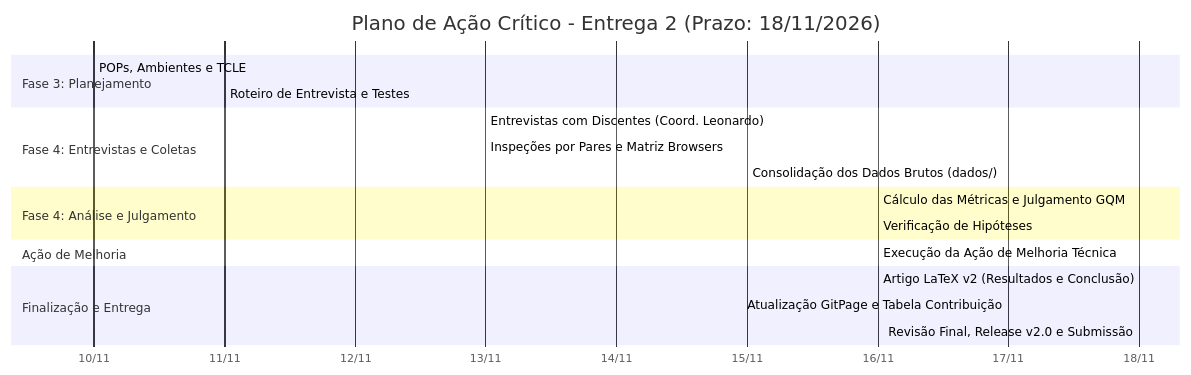
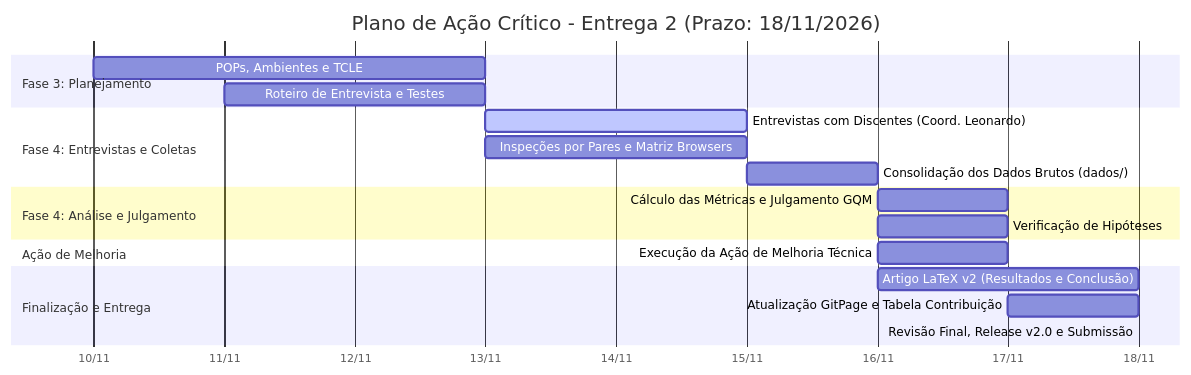
One commit to FCTE-Qualidade-de-Software-1/2026-2_T02_ADELE_GOLDSTINE changed the diagram in docs/fase-3/cronograma.md. Above: the diagram before and after it, drawn with Mermaid. The commit also changed other lines of this file and 2 other files, not shown here.

````diff
--- a/docs/fase-3/cronograma.md
+++ b/docs/fase-3/cronograma.md
@@ -15,22 +15,22 @@
 ```mermaid
 gantt
     title Plano de Ação Crítico - Entrega 2 (Prazo: 18/11/2026)
-    dateFormat  DD/MM/YYYY
+    dateFormat  YYYY-MM-DD
     axisFormat  %d/%m
     section Fase 3: Planejamento
     POPs, Ambientes e TCLE              :2026-11-10, 2026-11-13
     Roteiro de Entrevista e Testes      :2026-11-11, 2026-11-13
     section Fase 4: Entrevistas e Coletas
-    Entrevistas com Discentes (Coord. Leonardo) :active, 2026-11-13, 2026-11-16
+    Entrevistas com Discentes (Coord. Leonardo) :active, 2026-11-13, 2026-11-15
     Inspeções por Pares e Matriz Browsers       :2026-11-13, 2026-11-15
     Consolidação dos Dados Brutos (dados/)      :2026-11-15, 2026-11-16
     section Fase 4: Análise e Julgamento
     Cálculo das Métricas e Julgamento GQM       :2026-11-16, 2026-11-17
     Verificação de Hipóteses                    :2026-11-16, 2026-11-17
     section Ação de Melhoria
     Execução da Ação de Melhoria Técnica        :2026-11-16, 2026-11-17
     section Finalização e Entrega
     Artigo LaTeX v2 (Resultados e Conclusão)    :2026-11-16, 2026-11-18
     Atualização GitPage e Tabela Contribuição   :2026-11-17, 2026-11-18
     Revisão Final, Release v2.0 e Submissão     :2026-11-18, 2026-11-18
 ```
````
